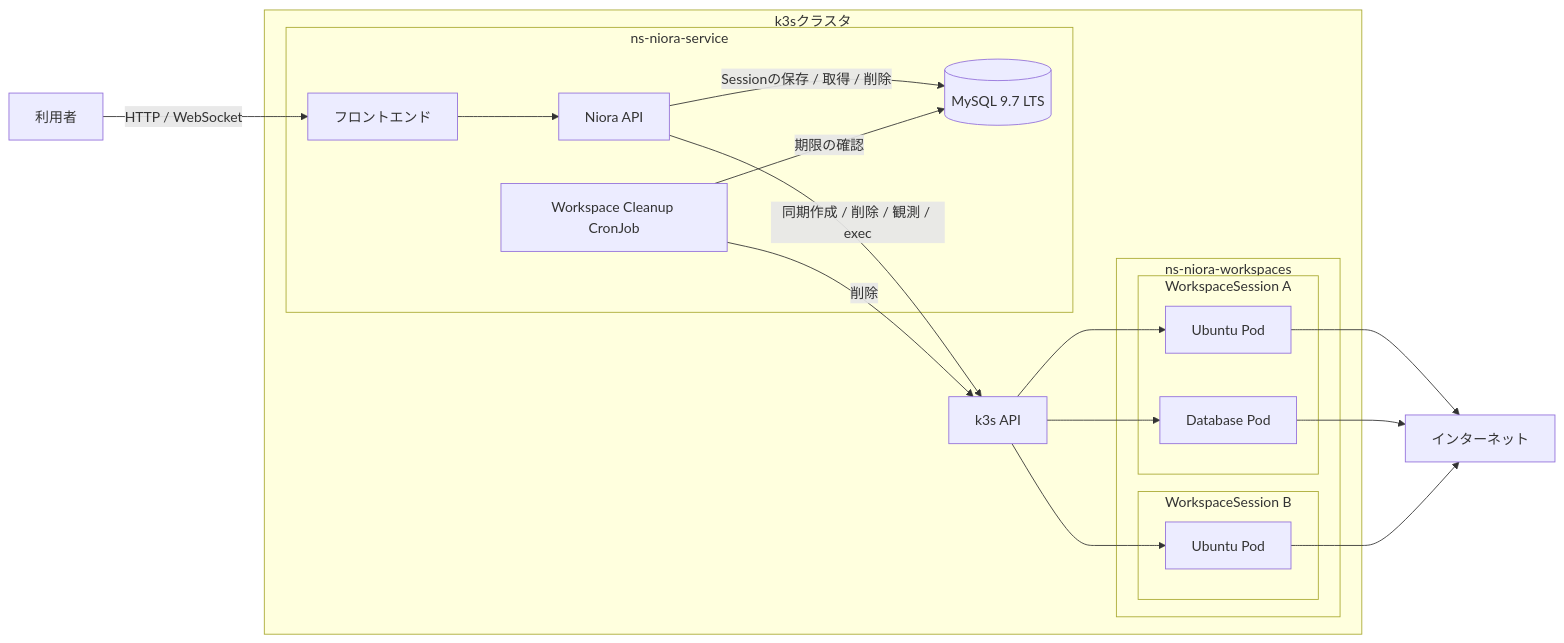
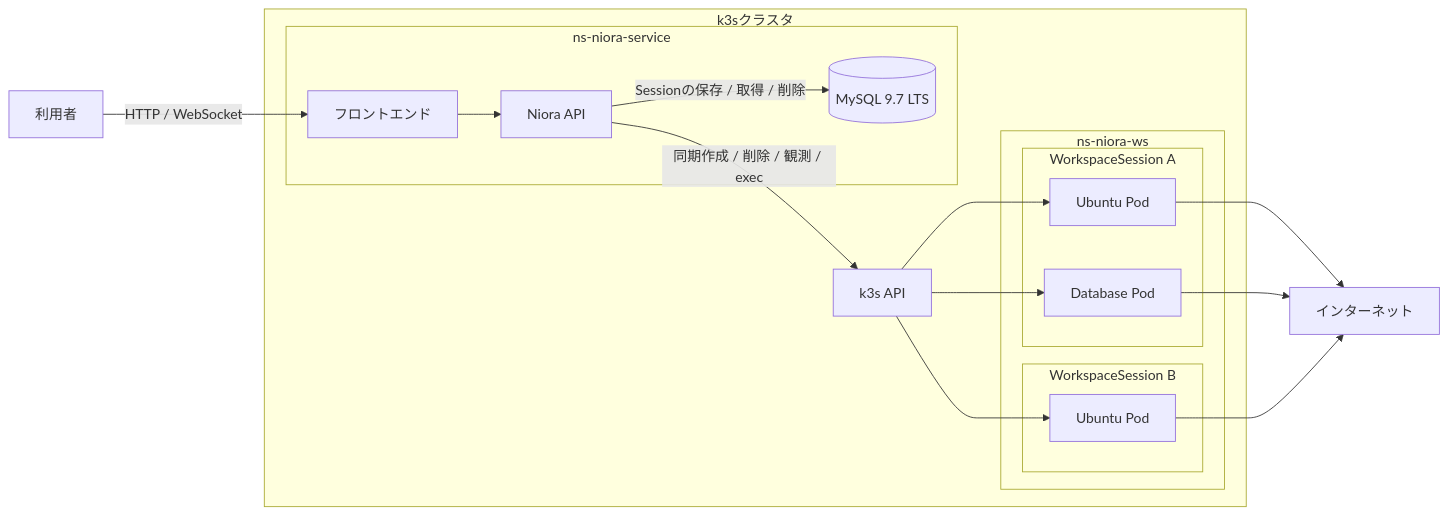
The first of 2 diagrams in docs/architecture.md (yuta15/Niora-API), drawn with Mermaid before and after one commit. The commit also changed other lines of this file and 5 other files, not shown here.

````diff
--- a/docs/architecture.md
+++ b/docs/architecture.md
@@ -9,40 +9,37 @@
 ```mermaid
 flowchart LR
     User[利用者]
     Internet[インターネット]
 
     subgraph K3s[k3sクラスタ]
         K3sAPI[k3s API]
 
         subgraph ServiceNS[ns-niora-service]
             Frontend[フロントエンド]
             API[Niora API]
             Database[(MySQL 9.7 LTS)]
-            Cleanup[Workspace Cleanup CronJob]
         end
 
-        subgraph WorkspaceNS[ns-niora-workspaces]
+        subgraph WorkspaceNS[ns-niora-ws]
             subgraph WorkspaceSessionA[WorkspaceSession A]
                 WorkspaceSessionAUbuntu[Ubuntu Pod]
                 WorkspaceSessionADatabase[Database Pod]
             end
 
             subgraph WorkspaceSessionB[WorkspaceSession B]
                 WorkspaceSessionBUbuntu[Ubuntu Pod]
             end
         end
     end
 
     User -->|HTTP / WebSocket| Frontend
     Frontend --> API
     API -->|Sessionの保存 / 取得 / 削除| Database
     API -->|同期作成 / 削除 / 観測 / exec| K3sAPI
-    Cleanup -->|期限の確認| Database
-    Cleanup -->|削除| K3sAPI
     K3sAPI --> WorkspaceSessionAUbuntu
     K3sAPI --> WorkspaceSessionADatabase
     K3sAPI --> WorkspaceSessionBUbuntu
     WorkspaceSessionAUbuntu --> Internet
     WorkspaceSessionADatabase --> Internet
     WorkspaceSessionBUbuntu --> Internet
 ```
````
